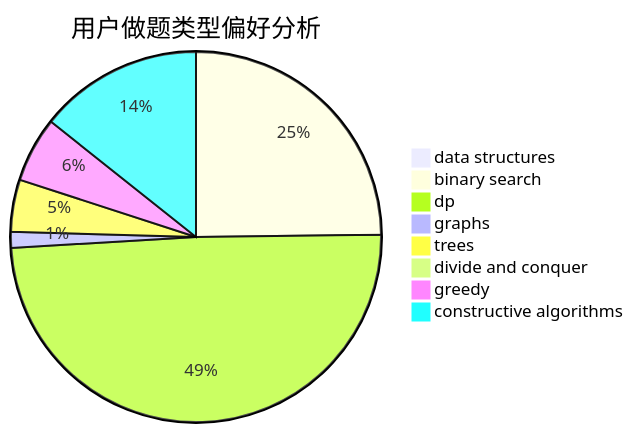
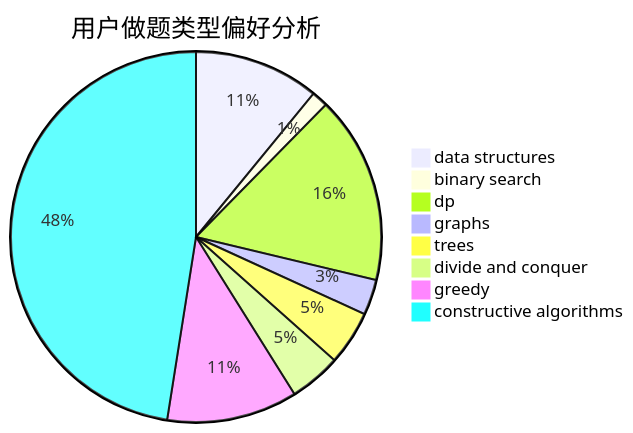
Before and after one commit to sherpahu/cfrs.github.io: the second of 3 diagrams in docs/user/u2523.md, drawn with Mermaid. The commit also changed other lines of this file and 2770 other files, not shown here.

````diff
--- a/docs/user/u2523.md
+++ b/docs/user/u2523.md
@@ -23,11 +23,11 @@
 ```mermaid
 pie title 用户做题类型偏好分析
-    "data structures" :  5
-    "binary search" :  196
-    "dp" :  389
-    "graphs" :  11
-    "trees" :  36
-    "divide and conquer" :  0
-    "greedy" :  45
-    "constructive algorithms" :  113
+    "data structures" :  46
+    "binary search" :  6
+    "dp" :  69
+    "graphs" :  13
+    "trees" :  20
+    "divide and conquer" :  19
+    "greedy" :  48
+    "constructive algorithms" :  200
 ```
````
